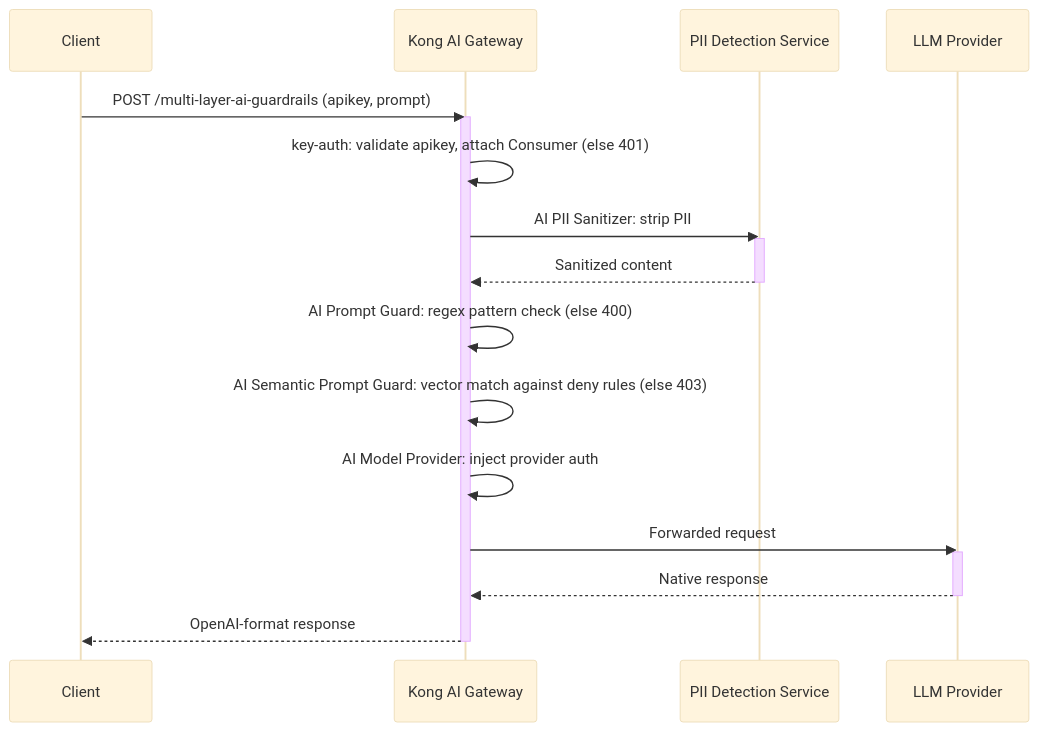
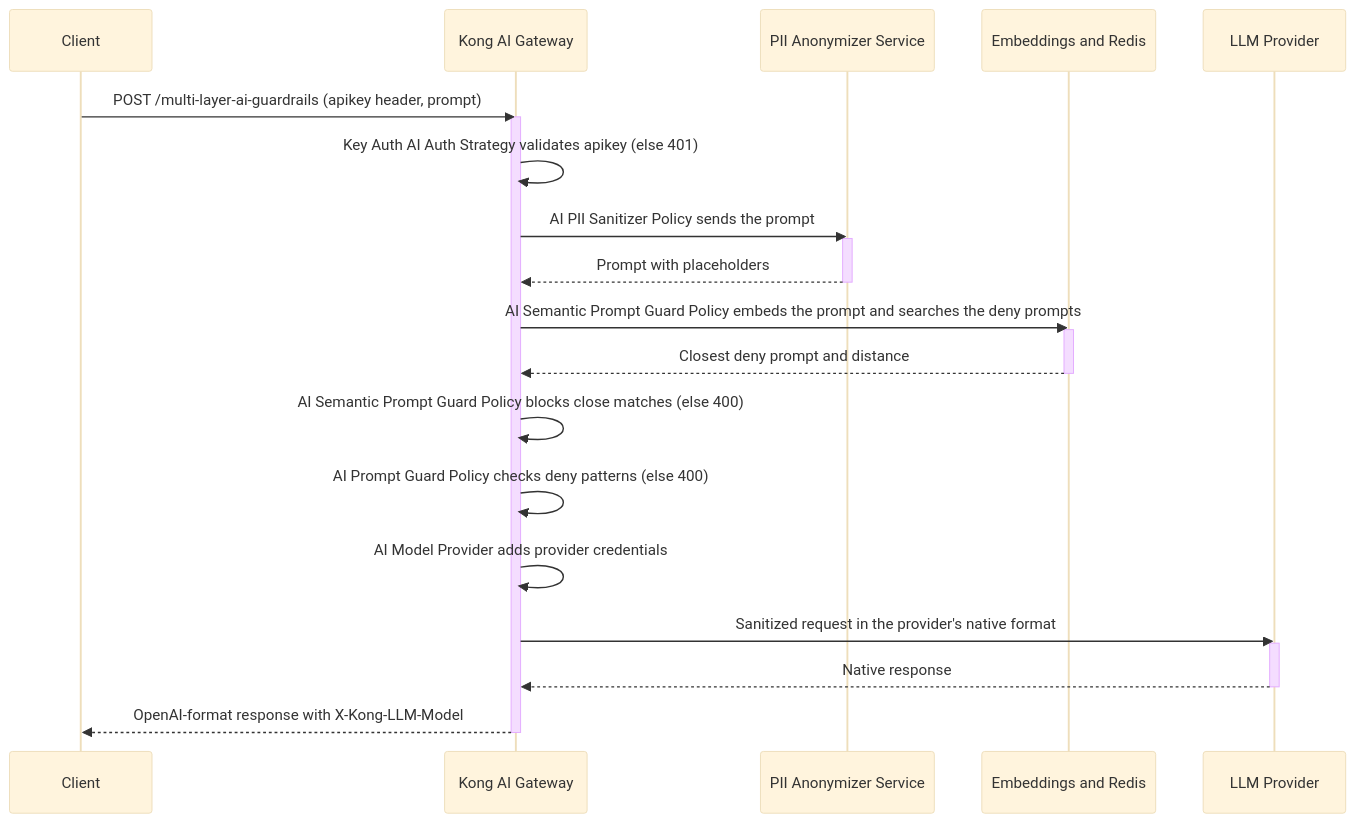
Before and after one commit to Kong/developer.konghq.com: the diagram in app/_cookbooks/multi-layer-ai-guardrails.md, drawn with Mermaid (base theme). The commit also changed other lines of this file and 22 other files, not shown here.

```diff
--- a/app/_cookbooks/multi-layer-ai-guardrails.md
+++ b/app/_cookbooks/multi-layer-ai-guardrails.md
@@ -224,24 +890,29 @@
 {% mermaid %}
 sequenceDiagram
     participant C as Client
     participant K as Kong AI Gateway
-    participant P as PII Detection Service
+    participant P as PII Anonymizer Service
+    participant E as Embeddings and Redis
     participant L as LLM Provider
 
-    C->>K: POST /multi-layer-ai-guardrails (apikey, prompt)
+    C->>K: POST /multi-layer-ai-guardrails (apikey header, prompt)
     activate K
-    K->>K: key-auth: validate apikey, attach Consumer (else 401)
-    K->>P: AI PII Sanitizer: strip PII
+    K->>K: Key Auth AI Auth Strategy validates apikey (else 401)
+    K->>P: AI PII Sanitizer Policy sends the prompt
     activate P
-    P-->>K: Sanitized content
+    P-->>K: Prompt with placeholders
     deactivate P
-    K->>K: AI Prompt Guard: regex pattern check (else 400)
-    K->>K: AI Semantic Prompt Guard: vector match against deny rules (else 403)
-    K->>K: AI Model Provider: inject provider auth
-    K->>L: Forwarded request
+    K->>E: AI Semantic Prompt Guard Policy embeds the prompt and searches the deny prompts
+    activate E
+    E-->>K: Closest deny prompt and distance
+    deactivate E
+    K->>K: AI Semantic Prompt Guard Policy blocks close matches (else 400)
+    K->>K: AI Prompt Guard Policy checks deny patterns (else 400)
+    K->>K: AI Model Provider adds provider credentials
+    K->>L: Sanitized request in the provider's native format
     activate L
     L-->>K: Native response
     deactivate L
-    K-->>C: OpenAI-format response
+    K-->>C: OpenAI-format response with X-Kong-LLM-Model
     deactivate K
 {% endmermaid %}
```
